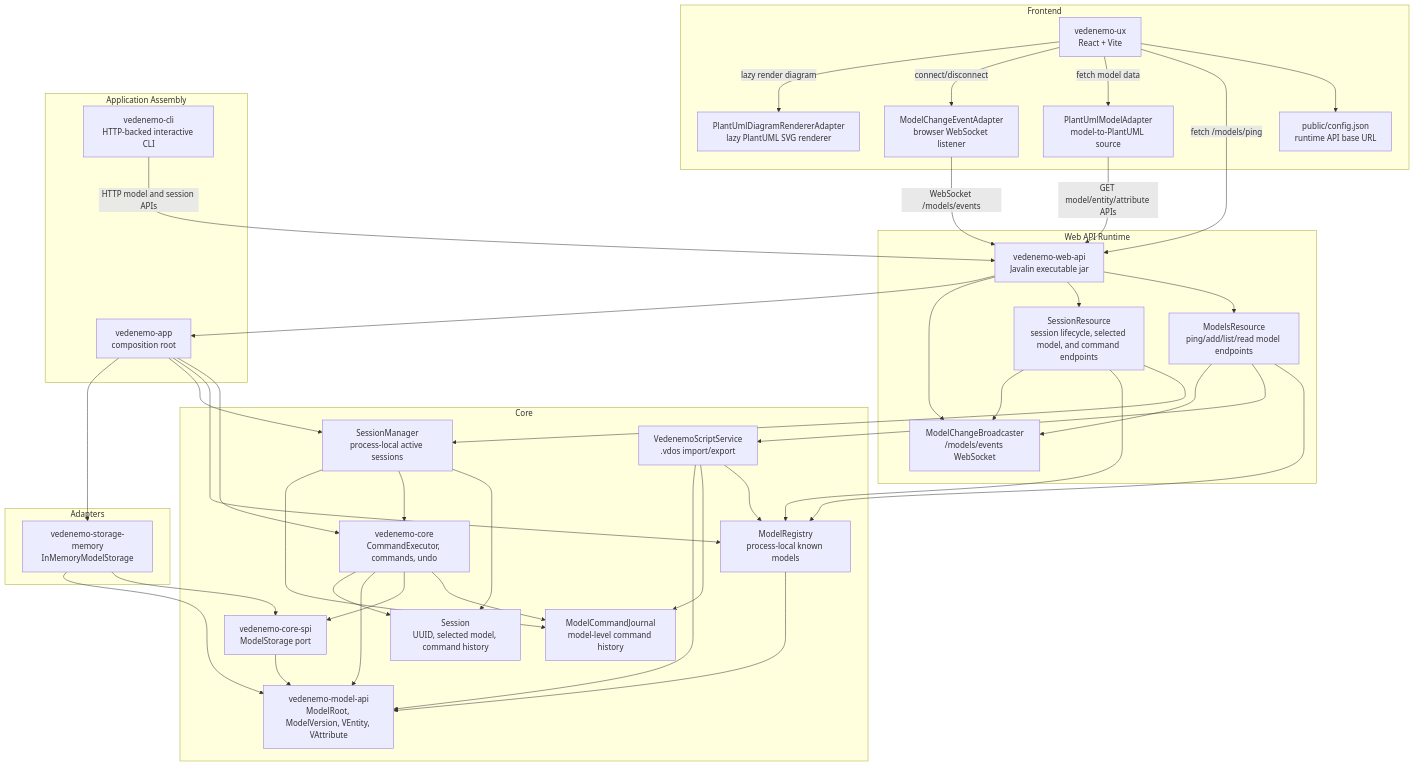
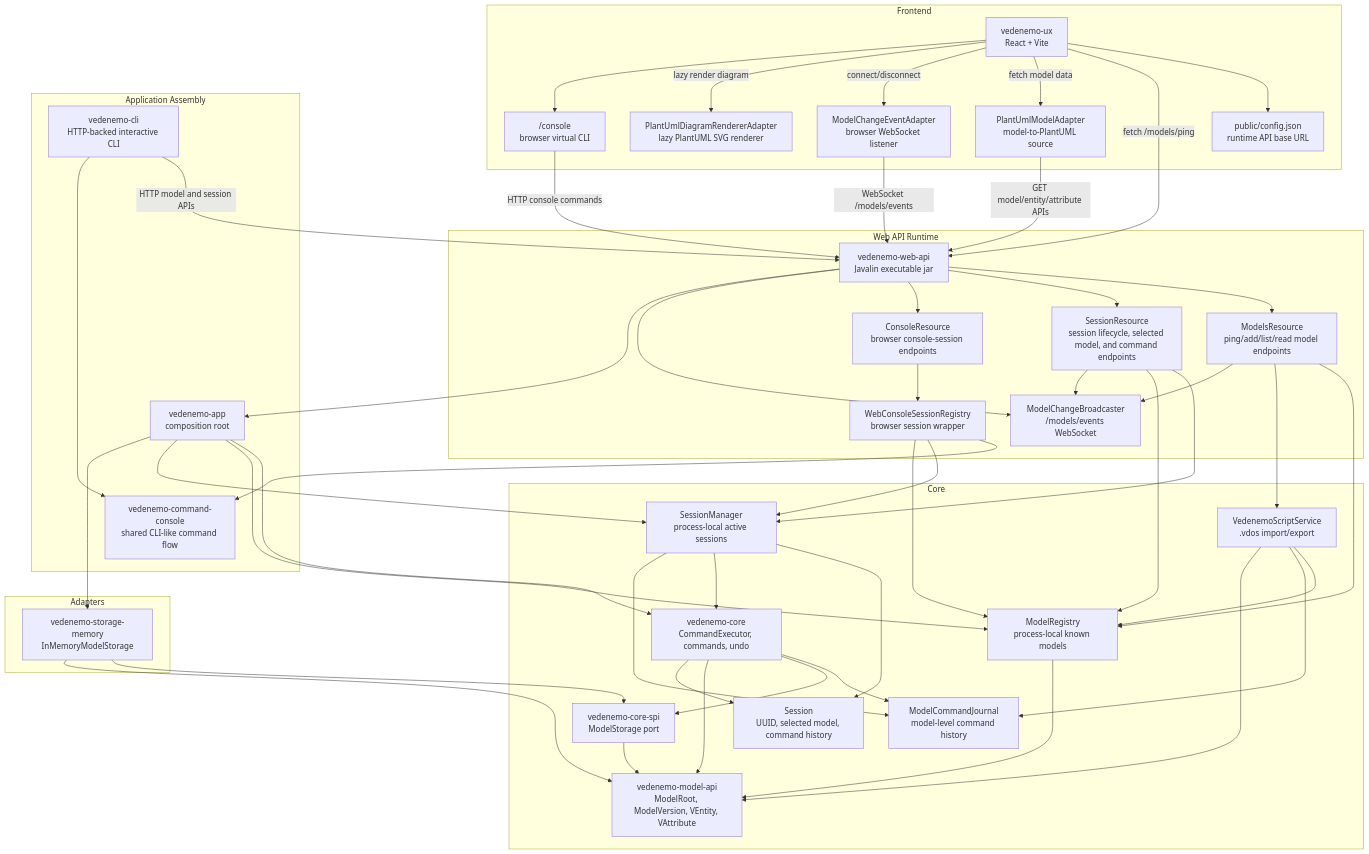
One commit to VedenemoDev/VedenemoMonorepo changed the first of 8 diagrams in docs/architecture_doc.md. Above: the diagram before and after it, drawn with Mermaid. The commit also changed other lines of this file and 36 other files, not shown here.

First line of the commit message:
Add shared command console and web CLI

```diff
--- a/docs/architecture_doc.md
+++ b/docs/architecture_doc.md
@@ -20,18 +20,22 @@
     UXModelEvents["ModelChangeEventAdapter<br/>browser WebSocket listener"]
     UXPlantUml["PlantUmlModelAdapter<br/>model-to-PlantUML source"]
     UXPlantUmlRenderer["PlantUmlDiagramRendererAdapter<br/>lazy PlantUML SVG renderer"]
+    UXConsole["/console<br/>browser virtual CLI"]
 end
 
 subgraph Web["Web API Runtime"]
     WebApi["vedenemo-web-api<br/>Javalin executable jar"]
     ModelsResource["ModelsResource<br/>ping/add/list/read model endpoints"]
     SessionResource["SessionResource<br/>session lifecycle, selected model, and command endpoints"]
+    ConsoleResource["ConsoleResource<br/>browser console-session endpoints"]
+    ConsoleRegistry["WebConsoleSessionRegistry<br/>browser session wrapper"]
     ModelEvents["ModelChangeBroadcaster<br/>/models/events WebSocket"]
 end
 
 subgraph App["Application Assembly"]
     AppRoot["vedenemo-app<br/>composition root"]
     Cli["vedenemo-cli<br/>HTTP-backed interactive CLI"]
+    CommandConsole["vedenemo-command-console<br/>shared CLI-like command flow"]
 end
 
 subgraph Core["Core"]
@@ -54,13 +58,21 @@
 ViteUX -->|fetch model data| UXPlantUml
 ViteUX -->|connect/disconnect| UXModelEvents
 ViteUX -->|lazy render diagram| UXPlantUmlRenderer
+ViteUX --> UXConsole
 UXPlantUml -->|GET model/entity/attribute APIs| WebApi
 UXModelEvents -->|WebSocket /models/events| WebApi
+UXConsole -->|HTTP console commands| WebApi
 Cli -->|HTTP model and session APIs| WebApi
+Cli --> CommandConsole
 WebApi --> ModelsResource
 WebApi --> SessionResource
+WebApi --> ConsoleResource
 WebApi --> ModelEvents
 WebApi --> AppRoot
+ConsoleResource --> ConsoleRegistry
+ConsoleRegistry --> CommandConsole
+ConsoleRegistry --> SessionManager
+ConsoleRegistry --> ModelRegistry
 ModelsResource --> ModelRegistry
 ModelsResource --> ScriptService
 ModelsResource --> ModelEvents
```
